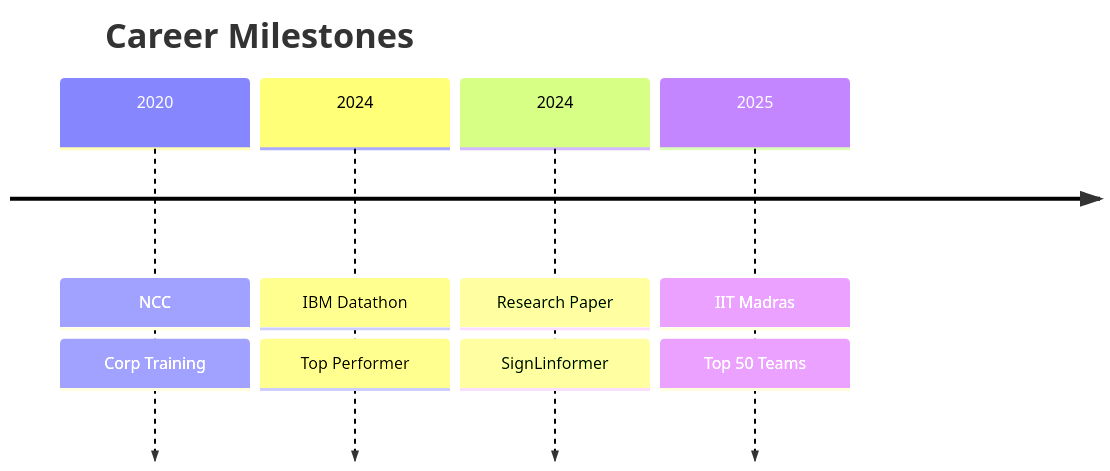
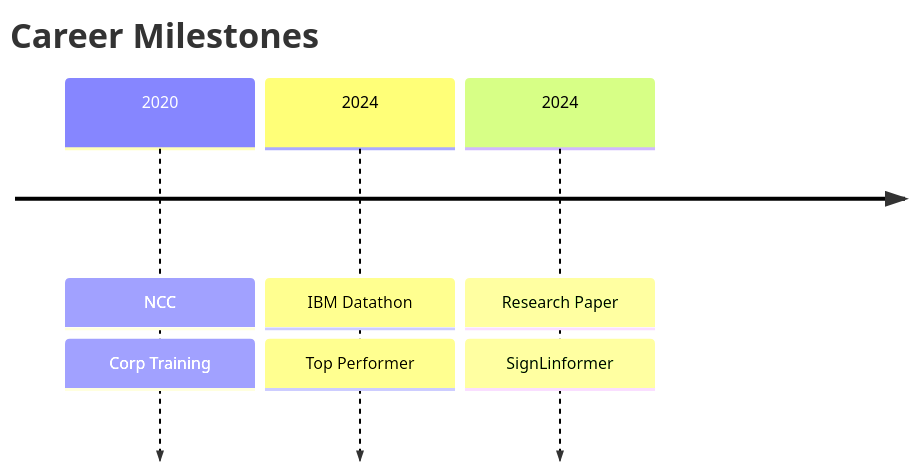
Before and after one commit to ganesha360/ganesha360: the fourth of 4 diagrams in README.md, drawn with Mermaid.

````diff
--- a/README.md
+++ b/README.md
@@ -138,8 +138,8 @@
 ```mermaid
 timeline
     title Career Milestones
     2020 : NCC : Corp Training
     2024 : IBM Datathon : Top Performer
     2024 : Research Paper : SignLinformer
-    2025 : IIT Madras : Top 50 Teams
+    
 ```
````
